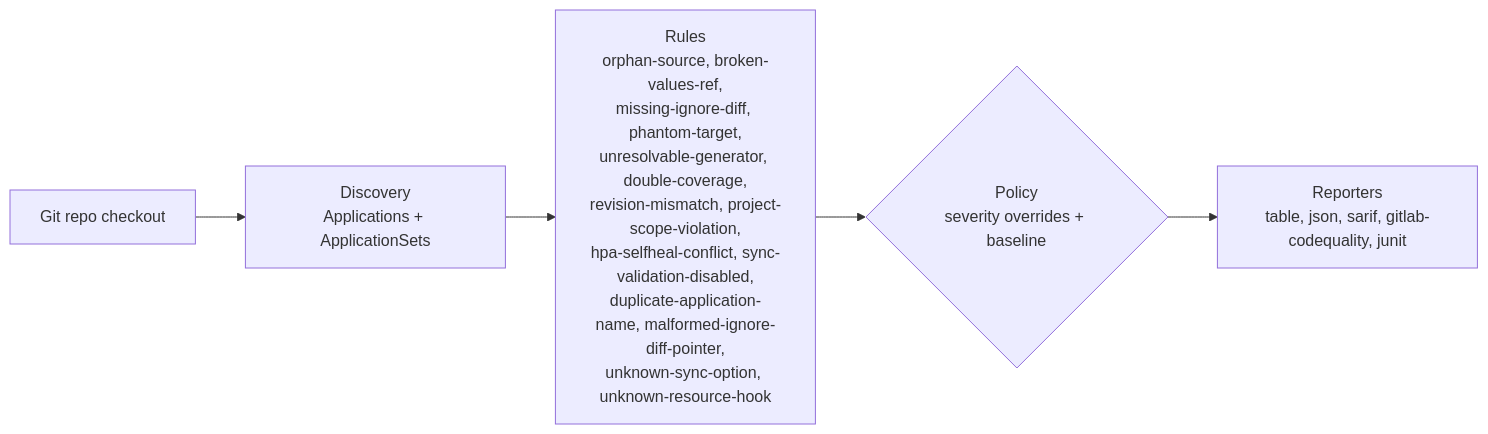
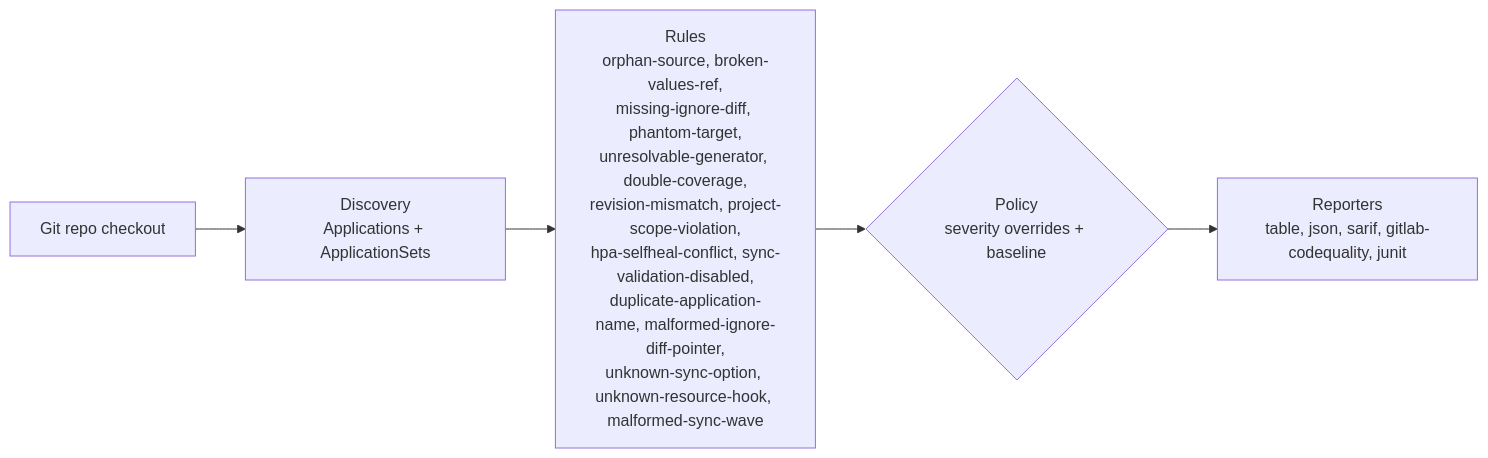
One commit to actions-marketplace-validations/gillesl-dev_argocd-source-lint changed the diagram in README.md. Above: the diagram before and after it, drawn with Mermaid. The commit also changed other lines of this file and 10 other files, not shown here.

First line of the commit message:
feat: detect non-numeric sync-wave annotation values

````diff
--- a/README.md
+++ b/README.md
@@ -75,7 +76,7 @@
 ```mermaid
 flowchart LR
     A["Git repo checkout"] --> B["Discovery<br/>Applications + ApplicationSets"]
-    B --> C["Rules<br/>orphan-source, broken-values-ref,<br/>missing-ignore-diff, phantom-target,<br/>unresolvable-generator, double-coverage,<br/>revision-mismatch, project-scope-violation,<br/>hpa-selfheal-conflict, sync-validation-disabled,<br/>duplicate-application-name, malformed-ignore-diff-pointer,<br/>unknown-sync-option, unknown-resource-hook"]
+    B --> C["Rules<br/>orphan-source, broken-values-ref,<br/>missing-ignore-diff, phantom-target,<br/>unresolvable-generator, double-coverage,<br/>revision-mismatch, project-scope-violation,<br/>hpa-selfheal-conflict, sync-validation-disabled,<br/>duplicate-application-name, malformed-ignore-diff-pointer,<br/>unknown-sync-option, unknown-resource-hook, malformed-sync-wave"]
     C --> D{"Policy<br/>severity overrides + baseline"}
     D --> E["Reporters<br/>table, json, sarif, gitlab-codequality, junit"]
 ```
````
